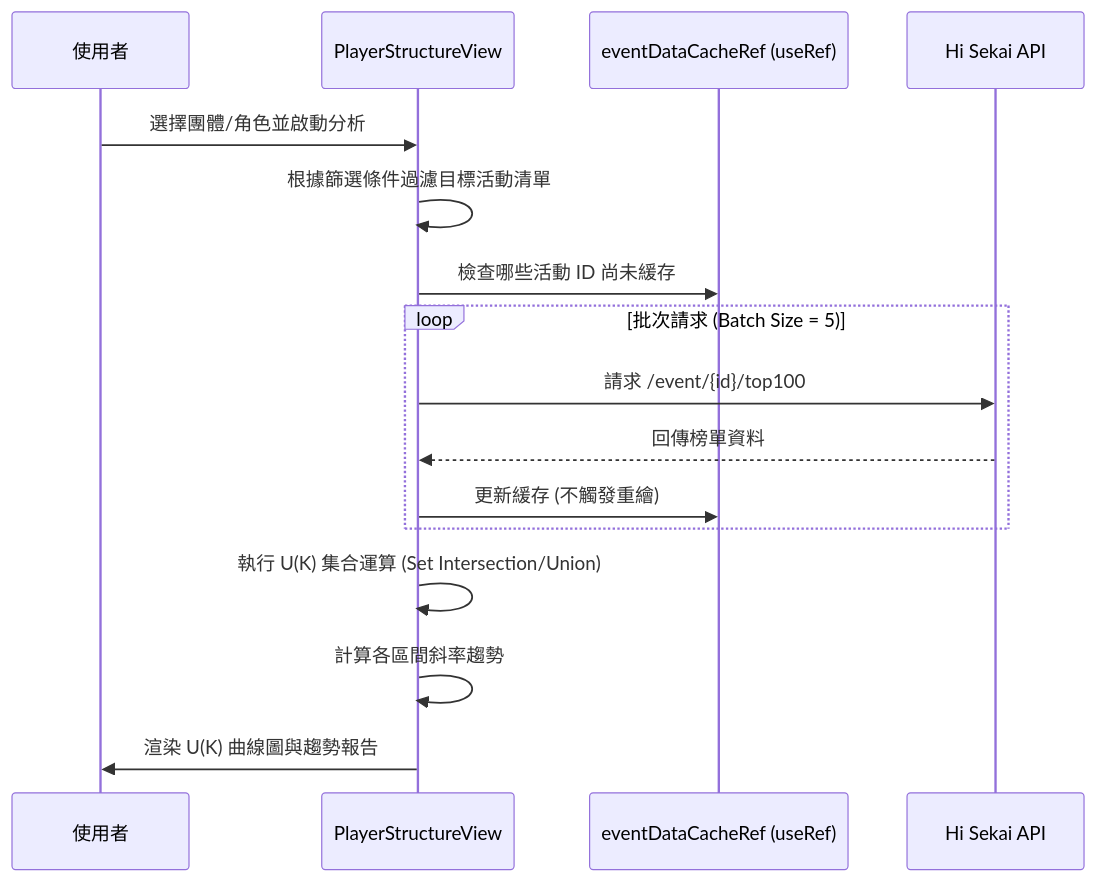
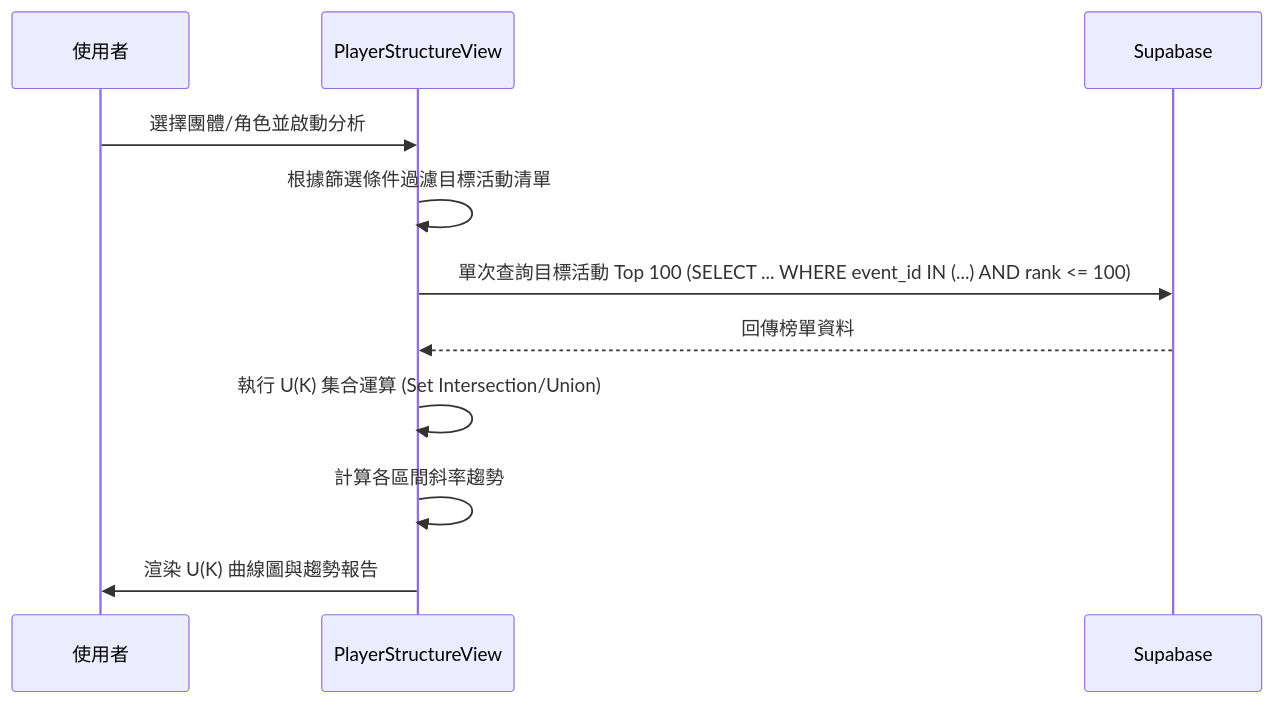
The diagram in docs/PAGE_PLAYER_STRUCTURE.md (rockzerox/Project-Sekai-Ranking), drawn with Mermaid before and after one commit. The commit also changed other lines of this file and 65 other files, not shown here.

````diff
--- a/docs/PAGE_PLAYER_STRUCTURE.md
+++ b/docs/PAGE_PLAYER_STRUCTURE.md
@@ -86,19 +87,14 @@
 ```mermaid
 sequenceDiagram
     participant User as 使用者
     participant View as PlayerStructureView
-    participant Cache as eventDataCacheRef (useRef)
-    participant API as Hi Sekai API
+    participant DB as Supabase
 
     User->>View: 選擇團體/角色並啟動分析
     View->>View: 根據篩選條件過濾目標活動清單
-    View->>Cache: 檢查哪些活動 ID 尚未緩存
-    loop 批次請求 (Batch Size = 5)
-        View->>API: 請求 /event/{id}/top100
-        API-->>View: 回傳榜單資料
-        View->>Cache: 更新緩存 (不觸發重繪)
-    end
+    View->>DB: 單次查詢目標活動 Top 100 (SELECT ... WHERE event_id IN (...) AND rank <= 100)
+    DB-->>View: 回傳榜單資料
     View->>View: 執行 U(K) 集合運算 (Set Intersection/Union)
     View->>View: 計算各區間斜率趨勢
     View->>User: 渲染 U(K) 曲線圖與趨勢報告
 ```
````
